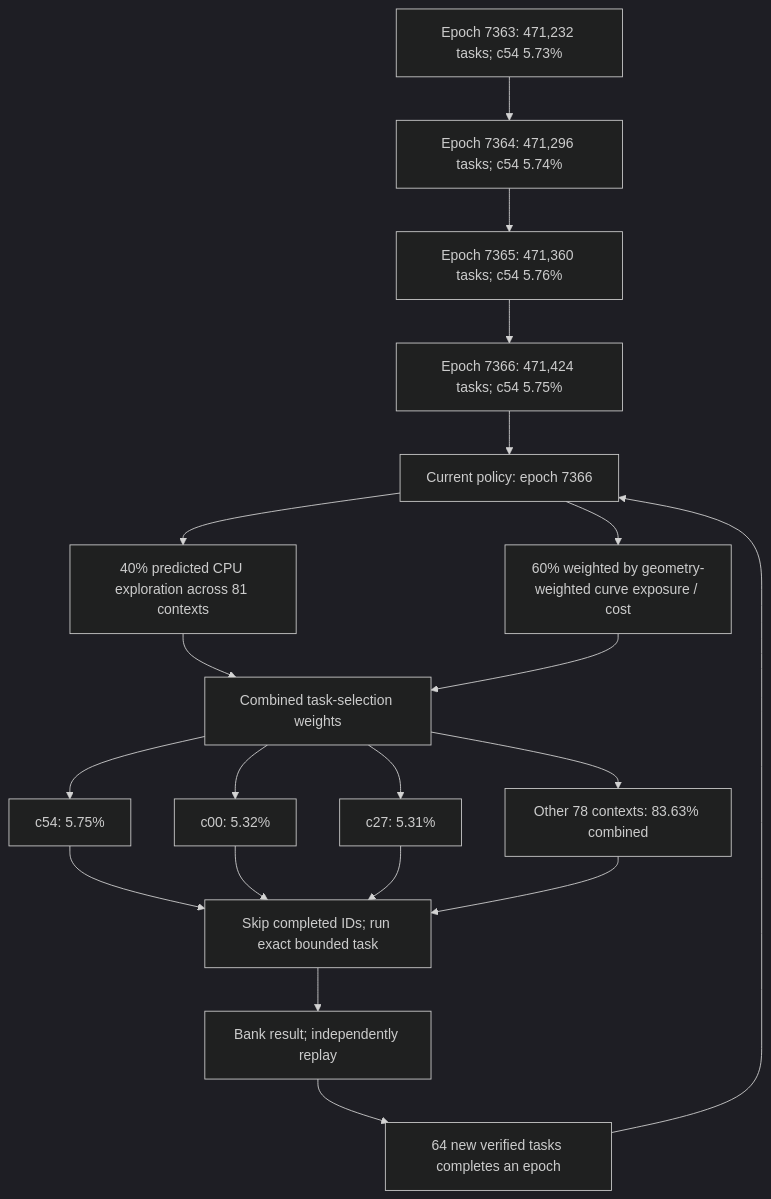
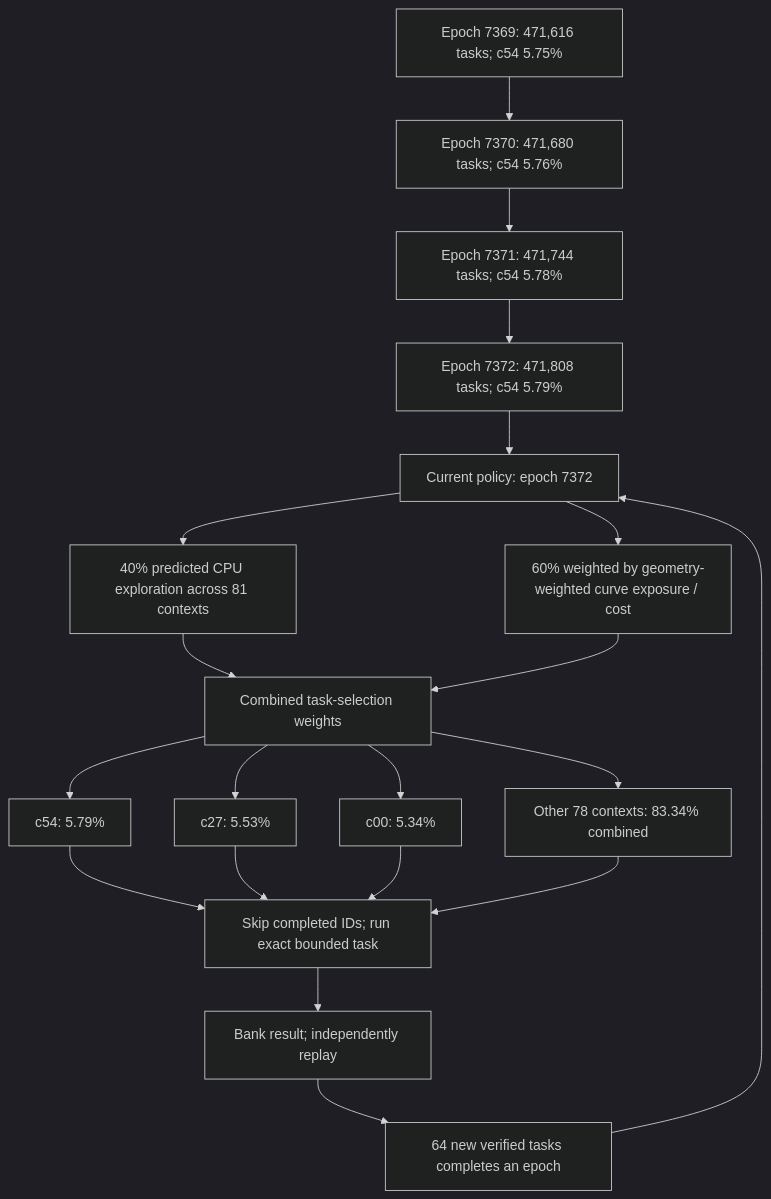
One commit to Kuberwastaken/math-gambling changed the first of 4 diagrams in README.md. Above: the diagram before and after it, drawn with Mermaid (dark theme). The commit also changed other lines of this file and 1402 other files, not shown here.

````diff
--- a/README.md
+++ b/README.md
@@ -60,27 +60,27 @@
 ```mermaid
 flowchart TD
-    H0["Epoch 7363: 471,232 tasks; c54 5.73%"]
-    H1["Epoch 7364: 471,296 tasks; c54 5.74%"]
+    H0["Epoch 7369: 471,616 tasks; c54 5.75%"]
+    H1["Epoch 7370: 471,680 tasks; c54 5.76%"]
     H0 --> H1
-    H2["Epoch 7365: 471,360 tasks; c54 5.76%"]
+    H2["Epoch 7371: 471,744 tasks; c54 5.78%"]
     H1 --> H2
-    H3["Epoch 7366: 471,424 tasks; c54 5.75%"]
+    H3["Epoch 7372: 471,808 tasks; c54 5.79%"]
     H2 --> H3
-    Policy["Current policy: epoch 7366"]
+    Policy["Current policy: epoch 7372"]
     H3 --> Policy
     Policy --> Explore["40% predicted CPU exploration across 81 contexts"]
     Policy --> Cost["60% weighted by geometry-weighted curve exposure / cost"]
     Explore --> Mix["Combined task-selection weights"]
     Cost --> Mix
-    Mix --> C0["c54: 5.75%"]
-    Mix --> C1["c00: 5.32%"]
-    Mix --> C2["c27: 5.31%"]
-    Mix --> Rest["Other 78 contexts: 83.63% combined"]
+    Mix --> C0["c54: 5.79%"]
+    Mix --> C1["c27: 5.53%"]
+    Mix --> C2["c00: 5.34%"]
+    Mix --> Rest["Other 78 contexts: 83.34% combined"]
     C0 --> Check["Skip completed IDs; run exact bounded task"]
     C1 --> Check
     C2 --> Check
     Rest --> Check
     Check --> Replay["Bank result; independently replay"]
     Replay --> Gate["64 new verified tasks completes an epoch"]
     Gate --> Policy
 ```
````
